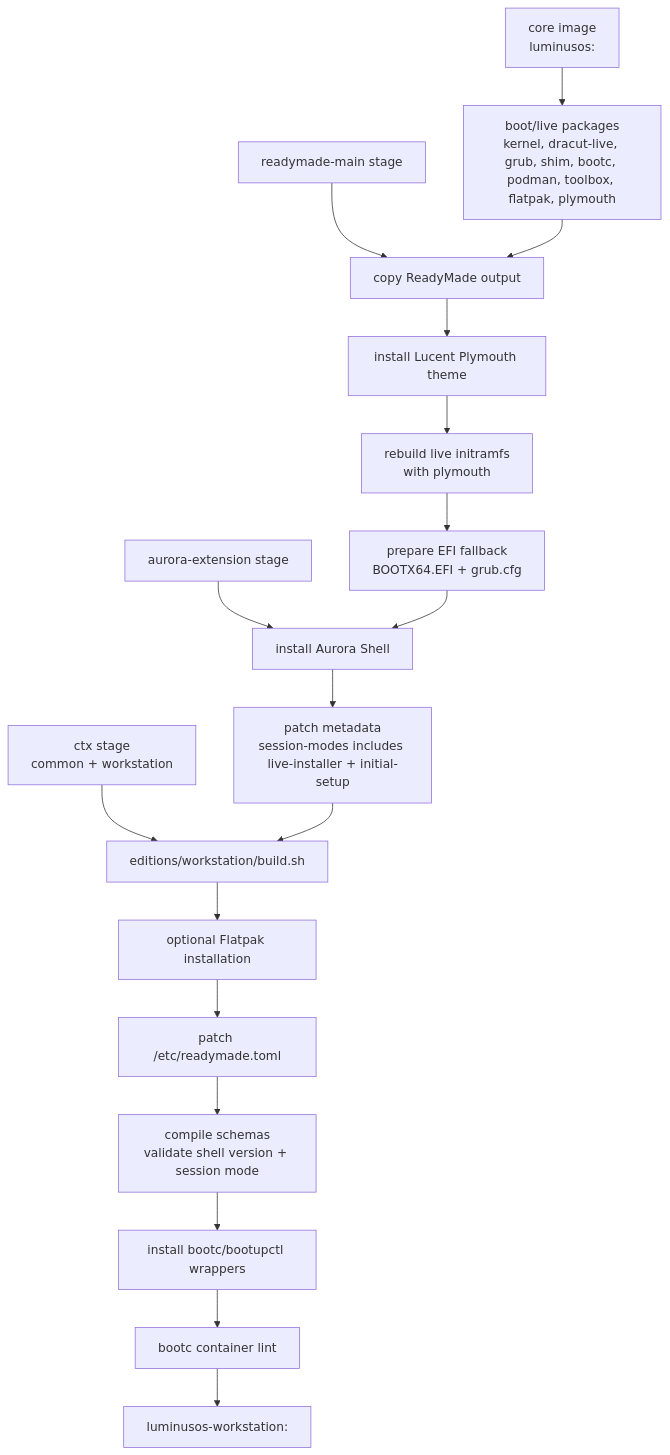
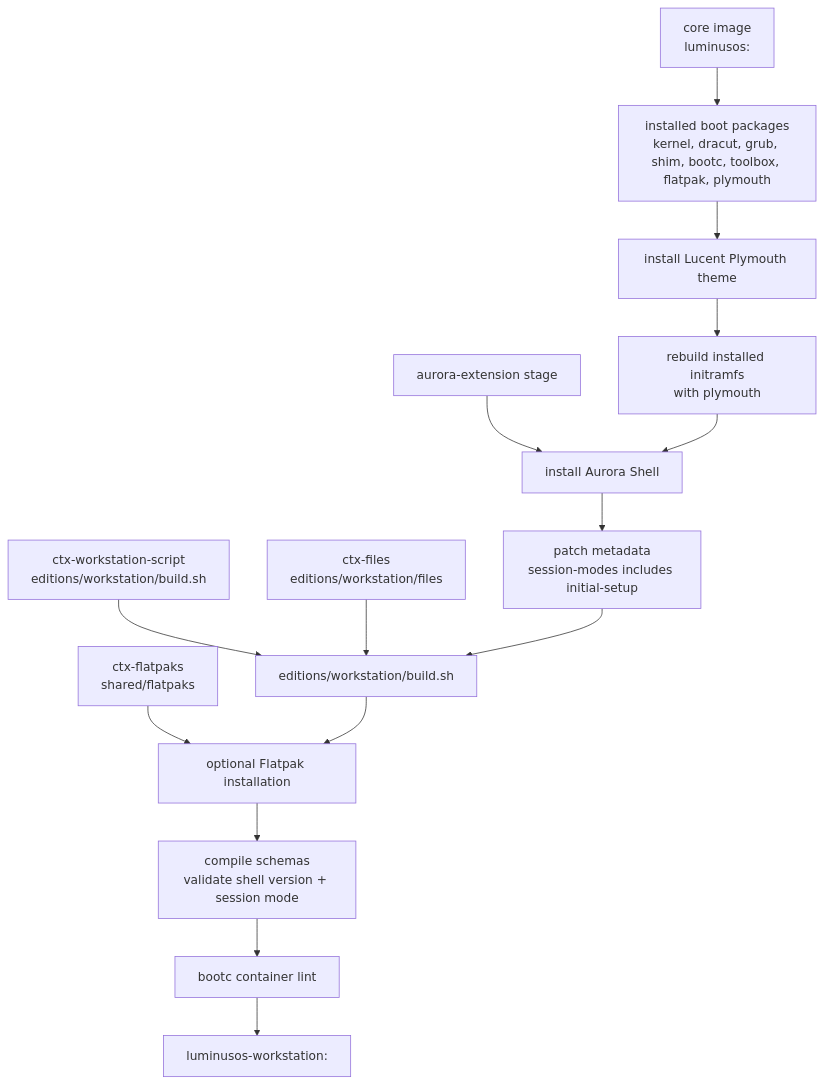
One commit to luminusOS/images changed the fourth of 15 diagrams in ARCHITECTURE.md. Above: the diagram before and after it, drawn with Mermaid. The commit also changed other lines of this file and 34 other files, not shown here.

````diff
--- a/ARCHITECTURE.md
+++ b/ARCHITECTURE.md
@@ -202,27 +203,25 @@
 ```mermaid
 flowchart TD
-    Ctx["ctx stage<br/>common + workstation"]
+    ScriptCtx["ctx-workstation-script<br/>editions/workstation/build.sh"]
+    FlatpakCtx["ctx-flatpaks<br/>shared/flatpaks"]
+    FilesCtx["ctx-files<br/>editions/workstation/files"]
     AuroraStage["aurora-extension stage"]
-    ReadyMadeStage["readymade-main stage"]
     CoreImage["core image<br/>luminusos:<tag>"]
-    BootPkgs["boot/live packages<br/>kernel, dracut-live, grub, shim, bootc, podman, toolbox, flatpak, plymouth"]
-    CopyReadyMade["copy ReadyMade output"]
+    BootPkgs["installed boot packages<br/>kernel, dracut, grub, shim, bootc, toolbox, flatpak, plymouth"]
     Plymouth["install Lucent Plymouth theme"]
-    Dracut["rebuild live initramfs<br/>with plymouth"]
-    EFI["prepare EFI fallback<br/>BOOTX64.EFI + grub.cfg"]
+    Dracut["rebuild installed initramfs<br/>with plymouth"]
     CopyAurora["install Aurora Shell"]
-    PatchAurora["patch metadata<br/>session-modes includes live-installer + initial-setup"]
+    PatchAurora["patch metadata<br/>session-modes includes initial-setup"]
     GnomeBuild["editions/workstation/build.sh"]
     Flatpaks["optional Flatpak installation"]
-    ReadyMadeConfig["patch /etc/readymade.toml"]
     ValidateAurora["compile schemas<br/>validate shell version + session mode"]
-    Wrappers["install bootc/bootupctl wrappers"]
     Lint["bootc container lint"]
     Output["luminusos-workstation:<tag>"]
 
-    Ctx --> GnomeBuild
+    ScriptCtx --> GnomeBuild
+    FilesCtx --> GnomeBuild
+    FlatpakCtx --> Flatpaks
     AuroraStage --> CopyAurora
-    ReadyMadeStage --> CopyReadyMade
-    CoreImage --> BootPkgs --> CopyReadyMade --> Plymouth --> Dracut --> EFI --> CopyAurora --> PatchAurora --> GnomeBuild
-    GnomeBuild --> Flatpaks --> ReadyMadeConfig --> ValidateAurora --> Wrappers --> Lint --> Output
+    CoreImage --> BootPkgs --> Plymouth --> Dracut --> CopyAurora --> PatchAurora --> GnomeBuild
+    GnomeBuild --> Flatpaks --> ValidateAurora --> Lint --> Output
 ```
````
